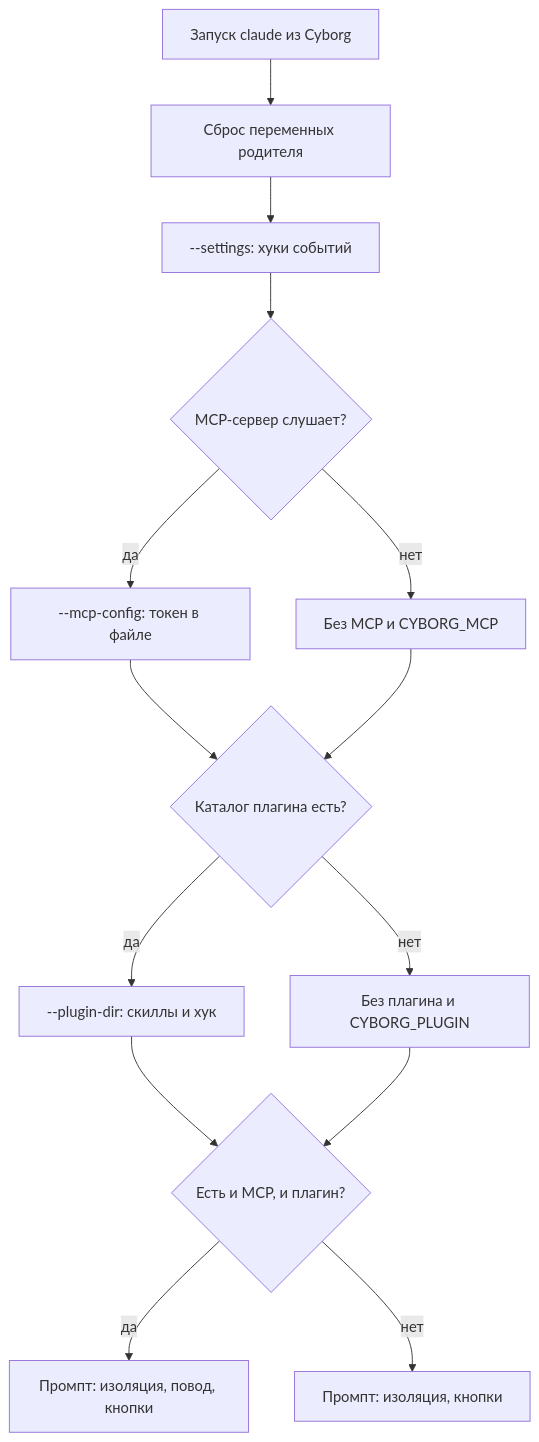
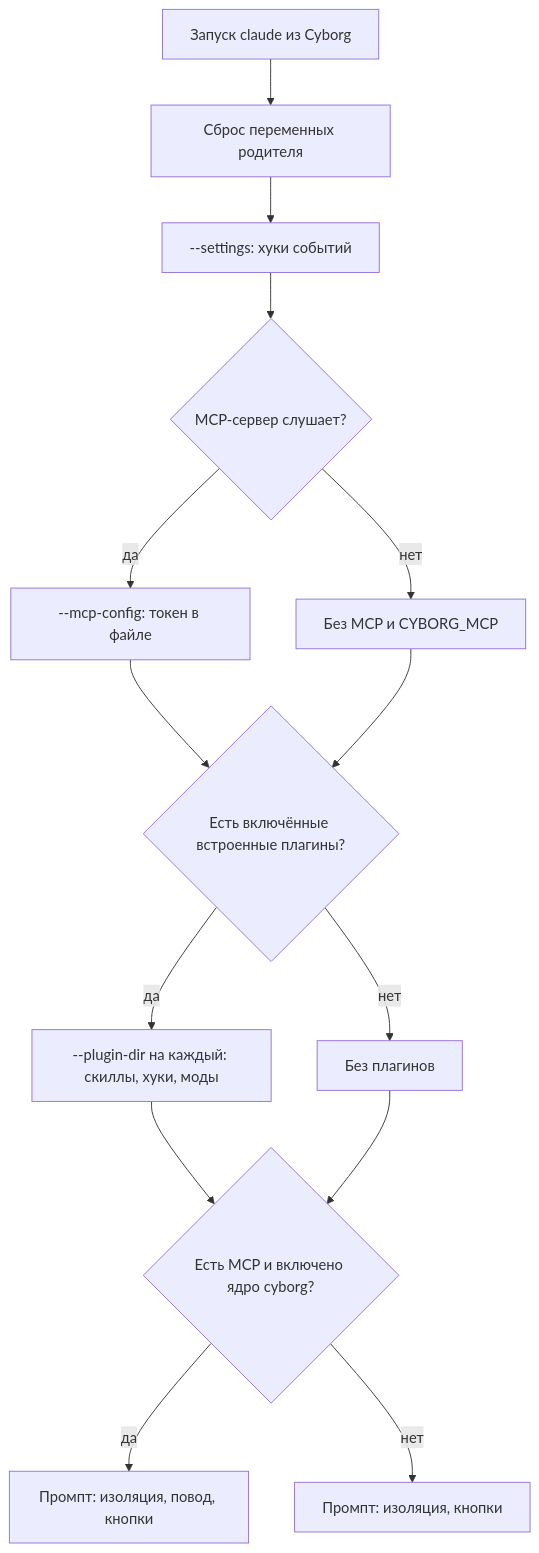
The second of 3 diagrams in docs/guide/features/delegation.md (dex-it/ai-cyborg), drawn with Mermaid before and after one commit. The commit also changed other lines of this file and 30 other files, not shown here.

First line of the commit message:
Встроенные плагины Cyborg: ядро cyborg и cyborg-limits отдельно, включение в окне «Расширения»

````diff
--- a/docs/guide/features/delegation.md
+++ b/docs/guide/features/delegation.md
@@ -64,21 +64,21 @@
 ```mermaid
 flowchart TD
   accTitle: Что получает сессия при запуске
   accDescr: Cyborg сначала убирает из окружения переменные родительской сессии, затем всегда подключает хуки. MCP-конфиг с токеном получает только сессия, запущенная при работающем сервере; плагин - только если каталог плагина есть. Системный промпт содержит повод для делегирования, только когда есть и MCP, и плагин.
 
   S["Запуск claude из Cyborg"] --> E["Сброс переменных родителя"]
   E --> H["--settings: хуки событий"]
   H --> Q1{"MCP-сервер слушает?"}
   Q1 -->|да| M["--mcp-config: токен в файле"]
   Q1 -->|нет| N1["Без MCP и CYBORG_MCP"]
   M --> Q2
   N1 --> Q2
-  Q2{"Каталог плагина есть?"}
-  Q2 -->|да| P["--plugin-dir: скиллы и хук"]
-  Q2 -->|нет| N2["Без плагина и CYBORG_PLUGIN"]
+  Q2{"Есть включённые встроенные плагины?"}
+  Q2 -->|да| P["--plugin-dir на каждый: скиллы, хуки, моды"]
+  Q2 -->|нет| N2["Без плагинов"]
   P --> Q3
   N2 --> Q3
-  Q3{"Есть и MCP, и плагин?"}
+  Q3{"Есть MCP и включено ядро cyborg?"}
   Q3 -->|да| PR1["Промпт: изоляция, повод, кнопки"]
   Q3 -->|нет| PR2["Промпт: изоляция, кнопки"]
 ```
````
